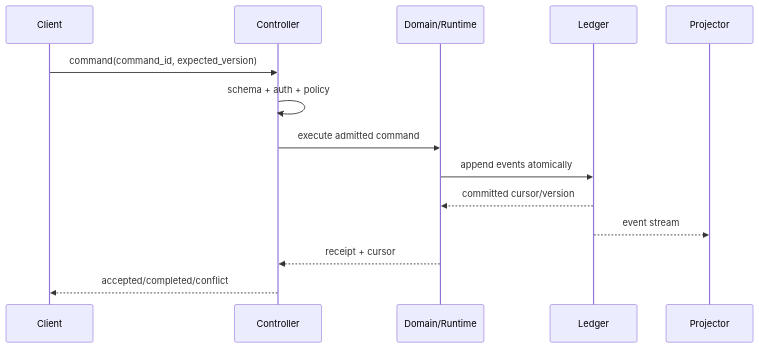
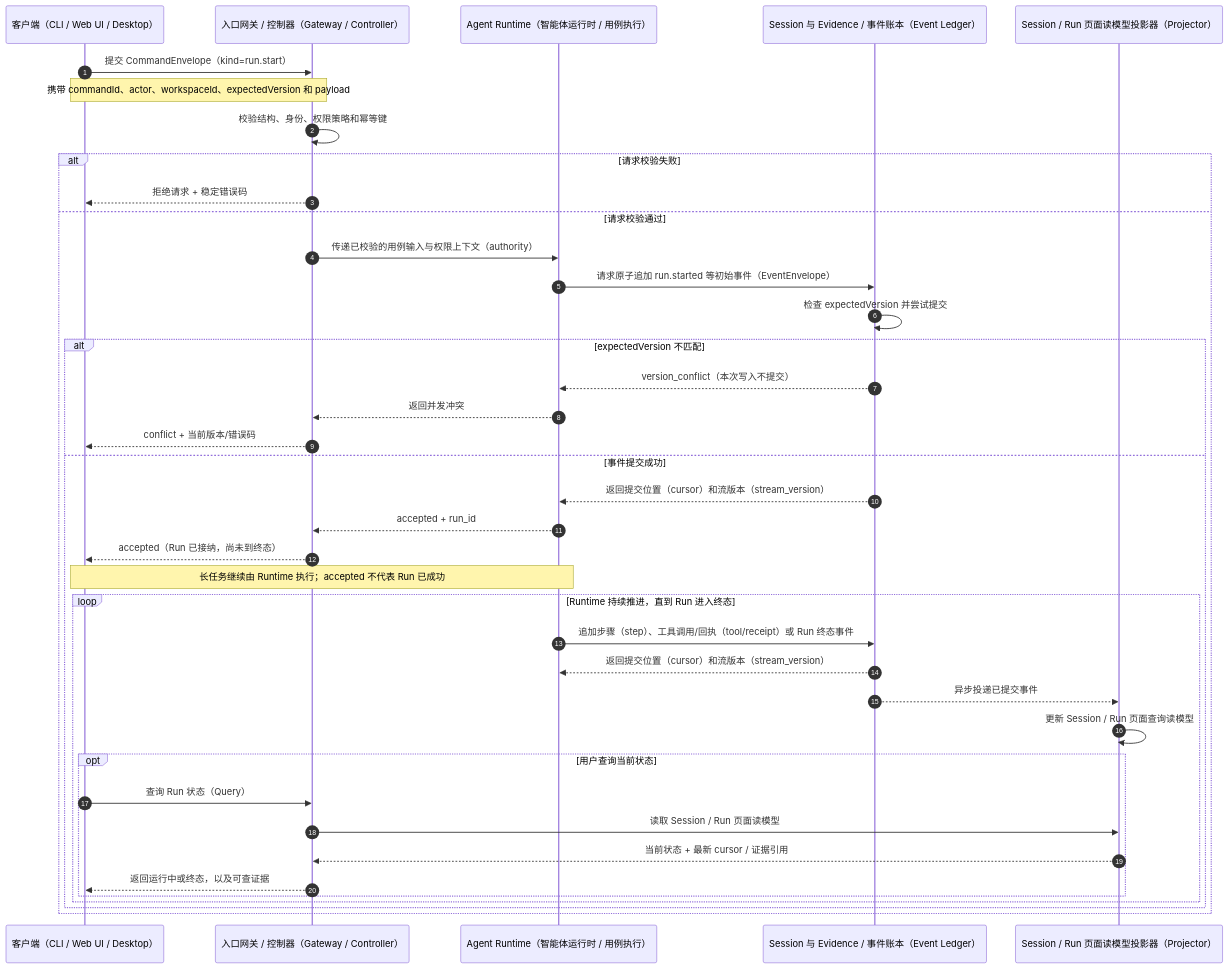
The third of 3 diagrams in docs/outlive-agent-v2/01-system-architecture/02-command-query-event-model.md (Cainheart/tracegraph-agent), drawn with Mermaid before and after one commit. The commit also changed other lines of this file and 35 other files, not shown here.

First line of the commit message:
docs(architecture): 以 Agent Runtime 与 Session/Evidence 取代三平面模型

````diff
--- a/docs/outlive-agent-v2/01-system-architecture/02-command-query-event-model.md
+++ b/docs/outlive-agent-v2/01-system-architecture/02-command-query-event-model.md
@@ -46,16 +145,42 @@
 ```mermaid
 sequenceDiagram
-  participant C as Client
-  participant G as Controller
-  participant D as Domain/Runtime
-  participant L as Ledger
-  participant P as Projector
-  C->>G: command(command_id, expected_version)
-  G->>G: schema + auth + policy
-  G->>D: execute admitted command
-  D->>L: append events atomically
-  L-->>D: committed cursor/version
-  L-->>P: event stream
-  D-->>G: receipt + cursor
-  G-->>C: accepted/completed/conflict
+  autonumber
+  participant C as 客户端（CLI / Web UI / Desktop）
+  participant G as 入口网关 / 控制器（Gateway / Controller）
+  participant R as Agent Runtime（智能体运行时 / 用例执行）
+  participant L as Session 与 Evidence / 事件账本（Event Ledger）
+  participant P as Session / Run 页面读模型投影器（Projector）
+
+  C->>G: 提交 CommandEnvelope（kind=run.start）
+  Note over C,G: 携带 commandId、actor、workspaceId、expectedVersion 和 payload
+  G->>G: 校验结构、身份、权限策略和幂等键
+  alt 请求校验失败
+    G-->>C: 拒绝请求 + 稳定错误码
+  else 请求校验通过
+    G->>R: 传递已校验的用例输入与权限上下文（authority）
+    R->>L: 请求原子追加 run.started 等初始事件（EventEnvelope）
+    L->>L: 检查 expectedVersion 并尝试提交
+    alt expectedVersion 不匹配
+      L-->>R: version_conflict（本次写入不提交）
+      R-->>G: 返回并发冲突
+      G-->>C: conflict + 当前版本/错误码
+    else 事件提交成功
+      L-->>R: 返回提交位置（cursor）和流版本（stream_version）
+      R-->>G: accepted + run_id
+      G-->>C: accepted（Run 已接纳，尚未到终态）
+      Note over C,R: 长任务继续由 Runtime 执行；accepted 不代表 Run 已成功
+      loop Runtime 持续推进，直到 Run 进入终态
+        R->>L: 追加步骤（step）、工具调用/回执（tool/receipt）或 Run 终态事件
+        L-->>R: 返回提交位置（cursor）和流版本（stream_version）
+        L-->>P: 异步投递已提交事件
+        P->>P: 更新 Session / Run 页面查询读模型
+        opt 用户查询当前状态
+          C->>G: 查询 Run 状态（Query）
+          G->>P: 读取 Session / Run 页面读模型
+          P-->>G: 当前状态 + 最新 cursor / 证据引用
+          G-->>C: 返回运行中或终态，以及可查证据
+        end
+      end
+    end
+  end
 ```
````
